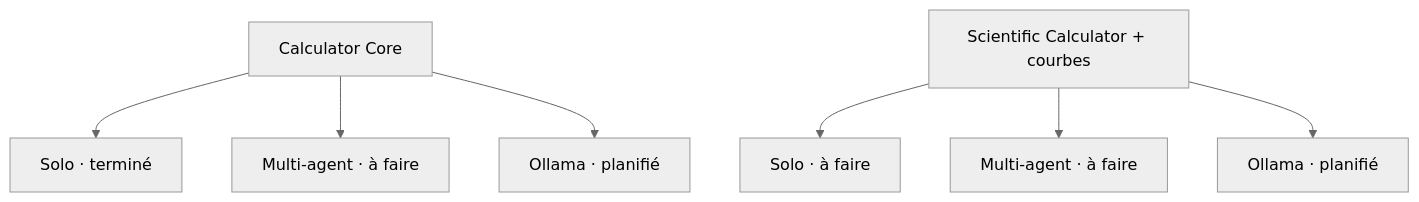
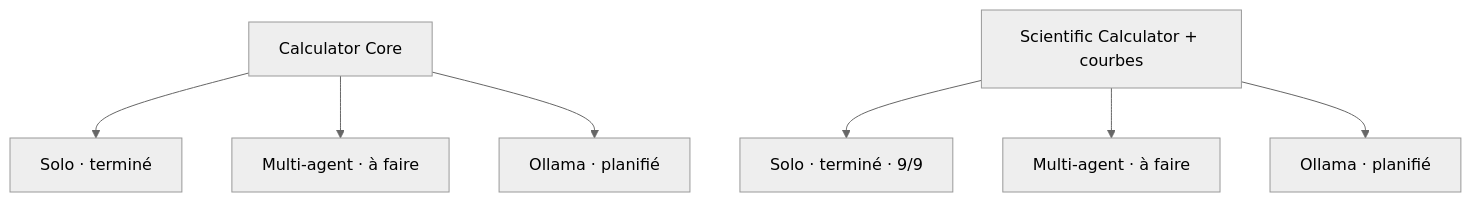
One commit to ERICRAC/AgentBench-2026 changed the second of 2 diagrams in README.md. Above: the diagram before and after it, drawn with Mermaid (neutral theme). The commit also changed other lines of this file and 12 other files, not shown here.

First line of the commit message:
Publish scientific solo baseline

````diff
--- a/README.md
+++ b/README.md
@@ -102,9 +104,9 @@
 ```mermaid
 flowchart TB
     C1["Calculator Core"] --> C1S["Solo · terminé"]
     C1 --> C1M["Multi-agent · à faire"]
     C1 --> C1O["Ollama · planifié"]
-    C2["Scientific Calculator + courbes"] --> C2S["Solo · à faire"]
+    C2["Scientific Calculator + courbes"] --> C2S["Solo · terminé · 9/9"]
     C2 --> C2M["Multi-agent · à faire"]
     C2 --> C2O["Ollama · planifié"]
 ```
````
